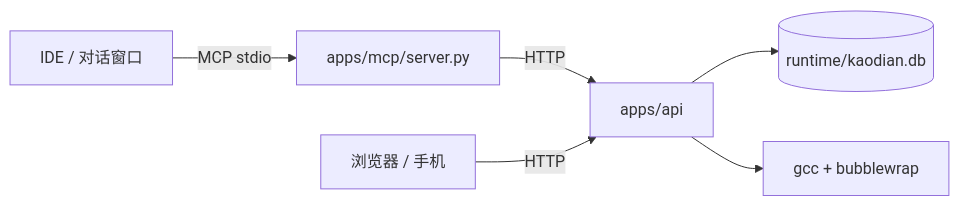
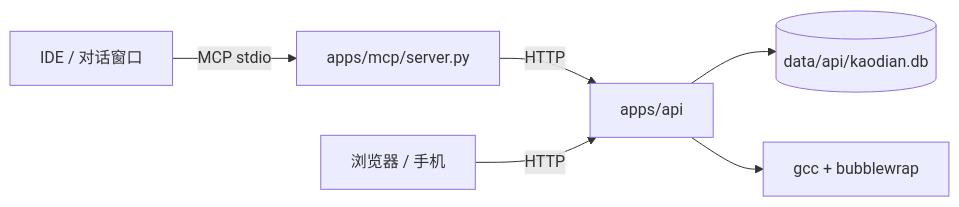
One commit to xuanyuanluoxue/kaodian changed the diagram in docs/ai/integration.md. Above: the diagram before and after it, drawn with Mermaid. The commit also changed 21 other files, not shown here.

````diff
--- a/docs/ai/integration.md
+++ b/docs/ai/integration.md
@@ -7,8 +7,8 @@
 ```mermaid
 flowchart LR
   Chat["IDE / 对话窗口"] -->|MCP stdio| MCP["apps/mcp/server.py"]
   MCP -->|HTTP| API["apps/api"]
   Browser["浏览器 / 手机"] -->|HTTP| API
-  API --> DB[("runtime/kaodian.db")]
+  API --> DB[("data/api/kaodian.db")]
   API --> Sandbox["gcc + bubblewrap"]
 ```
````
